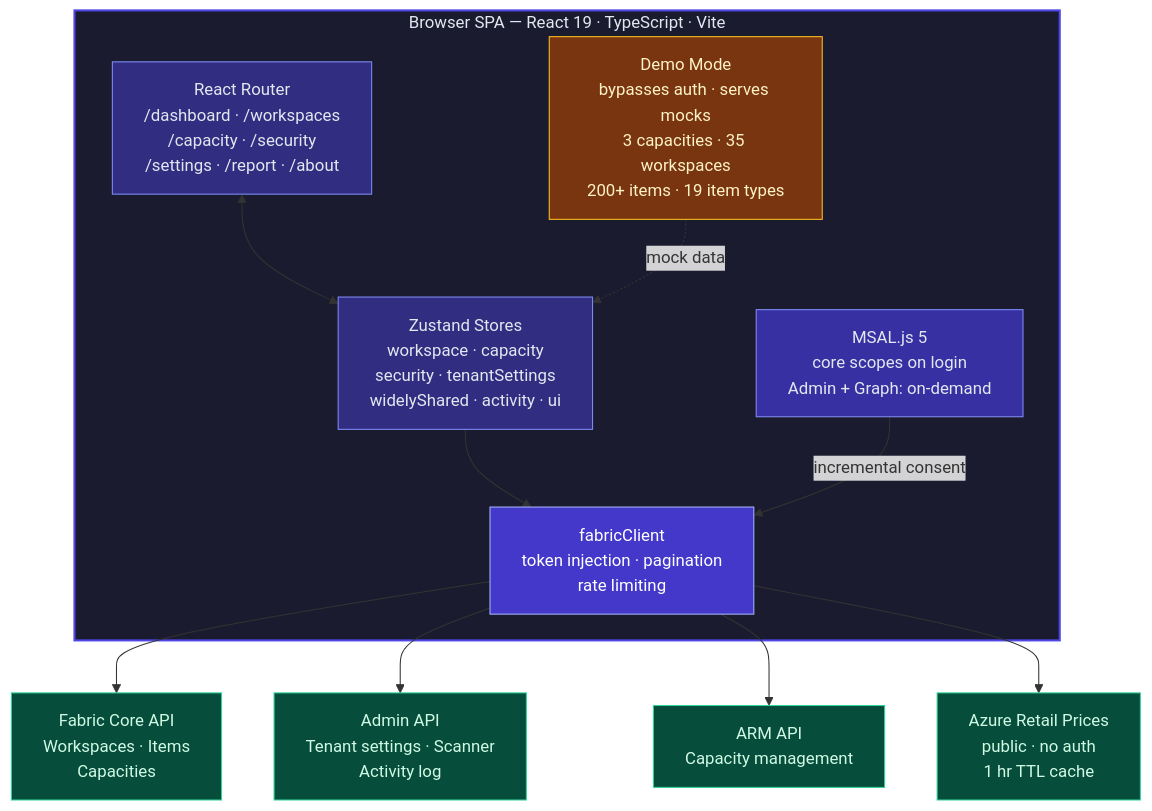
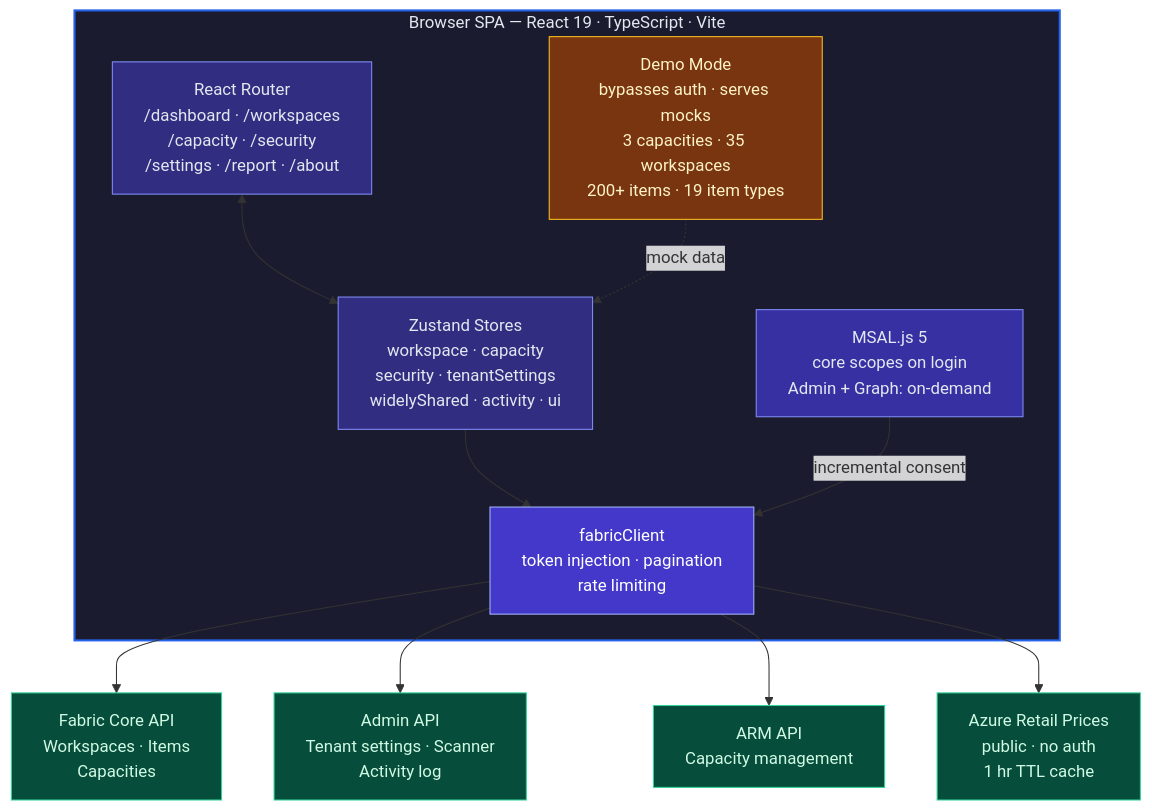
Before and after one commit to psistla/fabric-lens: the diagram in README.md, drawn with Mermaid. The commit also changed other lines of this file and 8 other files, not shown here.

````diff
--- a/README.md
+++ b/README.md
@@ -154,31 +156,31 @@
 ```mermaid
 flowchart TB
     subgraph Browser["Browser SPA — React 19 · TypeScript · Vite"]
         Router["React Router\n/dashboard · /workspaces\n/capacity · /security\n/settings · /report · /about"]
         Stores["Zustand Stores\nworkspace · capacity\nsecurity · tenantSettings\nwidelyShared · activity · ui"]
         Demo["Demo Mode\nbypasses auth · serves mocks\n3 capacities · 35 workspaces\n200+ items · 19 item types"]
         MSAL["MSAL.js 5\ncore scopes on login\nAdmin + Graph: on-demand"]
         FC["fabricClient\ntoken injection · pagination\nrate limiting"]
     end
 
     Router <--> Stores
     Stores --> FC
     MSAL -->|incremental consent| FC
     Demo -. mock data .-> Stores
 
     FC --> Core["Fabric Core API\nWorkspaces · Items\nCapacities"]
     FC --> Admin["Admin API\nTenant settings · Scanner\nActivity log"]
     FC --> ARM["ARM API\nCapacity management"]
     FC --> Prices["Azure Retail Prices\npublic · no auth\n1 hr TTL cache"]
 
-    style Browser fill:#1a1b2e,stroke:#4F46E5,stroke-width:2px,color:#e2e8f0
+    style Browser fill:#1a1b2e,stroke:#2563EB,stroke-width:2px,color:#e2e8f0
     style Router fill:#312e81,stroke:#818cf8,color:#e2e8f0
     style Stores fill:#312e81,stroke:#818cf8,color:#e2e8f0
     style MSAL fill:#3730a3,stroke:#818cf8,color:#e2e8f0
     style Demo fill:#78350f,stroke:#fbbf24,color:#fef3c7
     style FC fill:#4338ca,stroke:#a5b4fc,color:#ffffff
     style Core fill:#064e3b,stroke:#34d399,color:#d1fae5
     style Admin fill:#064e3b,stroke:#34d399,color:#d1fae5
     style ARM fill:#064e3b,stroke:#34d399,color:#d1fae5
     style Prices fill:#064e3b,stroke:#34d399,color:#d1fae5
 ```
````
